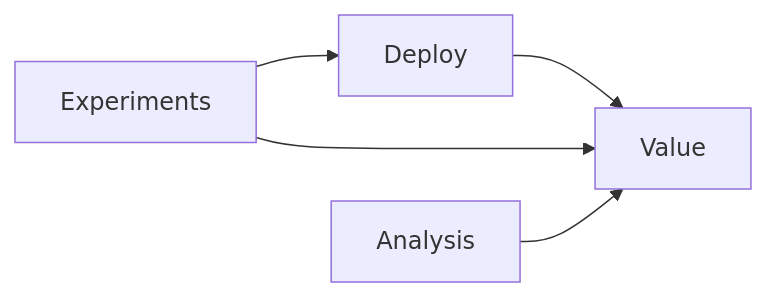
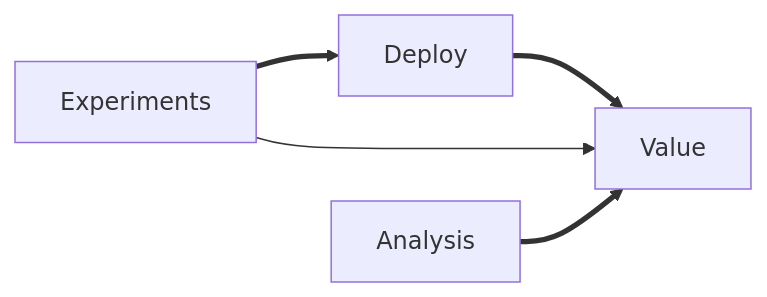
The second of 6 diagrams in README.md (zluvsand/mermaid), drawn with Mermaid before and after one commit. The commit also changed other lines of this file, not shown here.

Commit message:
Add sequence chart

````diff
--- a/README.md
+++ b/README.md
@@ -9,6 +9,6 @@
 ```mermaid
 graph LR
-    A[Experiments]-->B[Deploy]-->C[Value]
+    A[Experiments]==>B[Deploy]==>C[Value]
     A-->C
-    D[Analysis]-->C
+    D[Analysis]==>C
 ```
````
